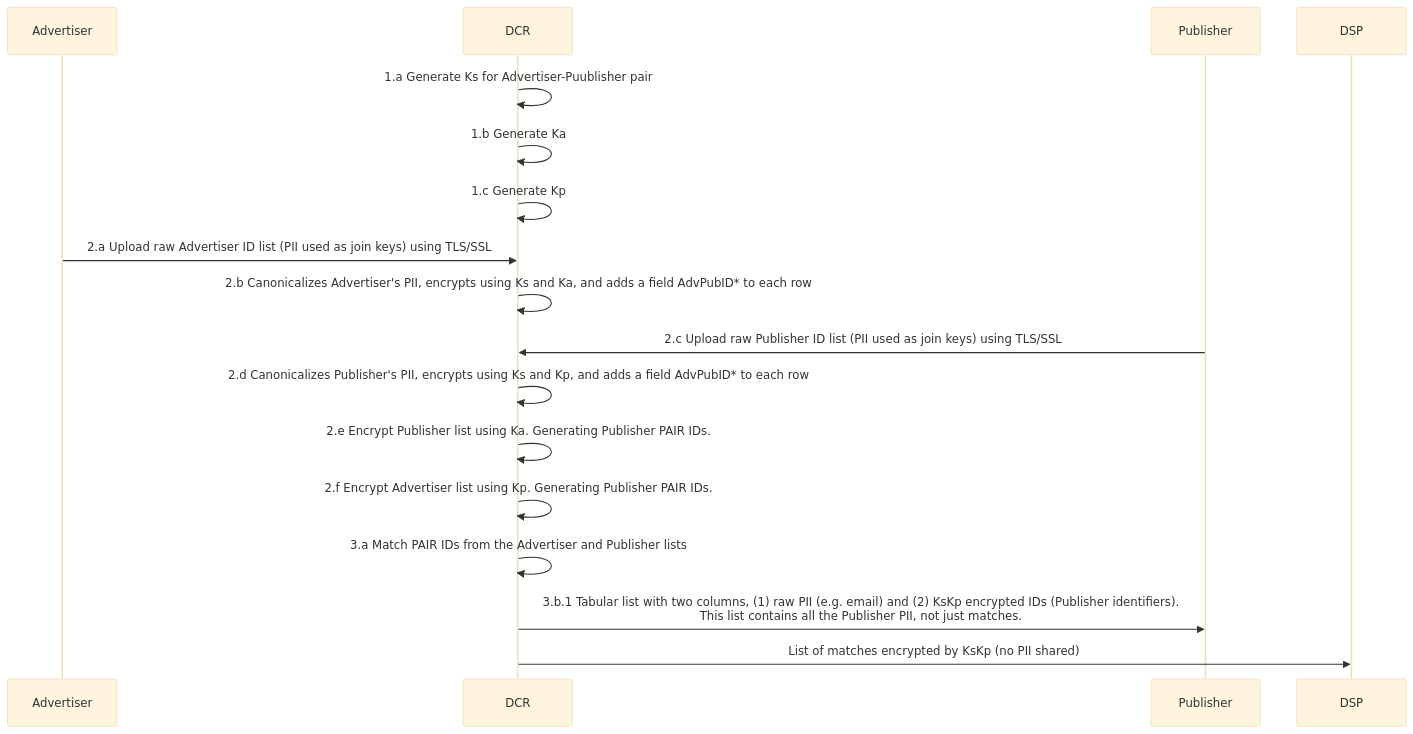
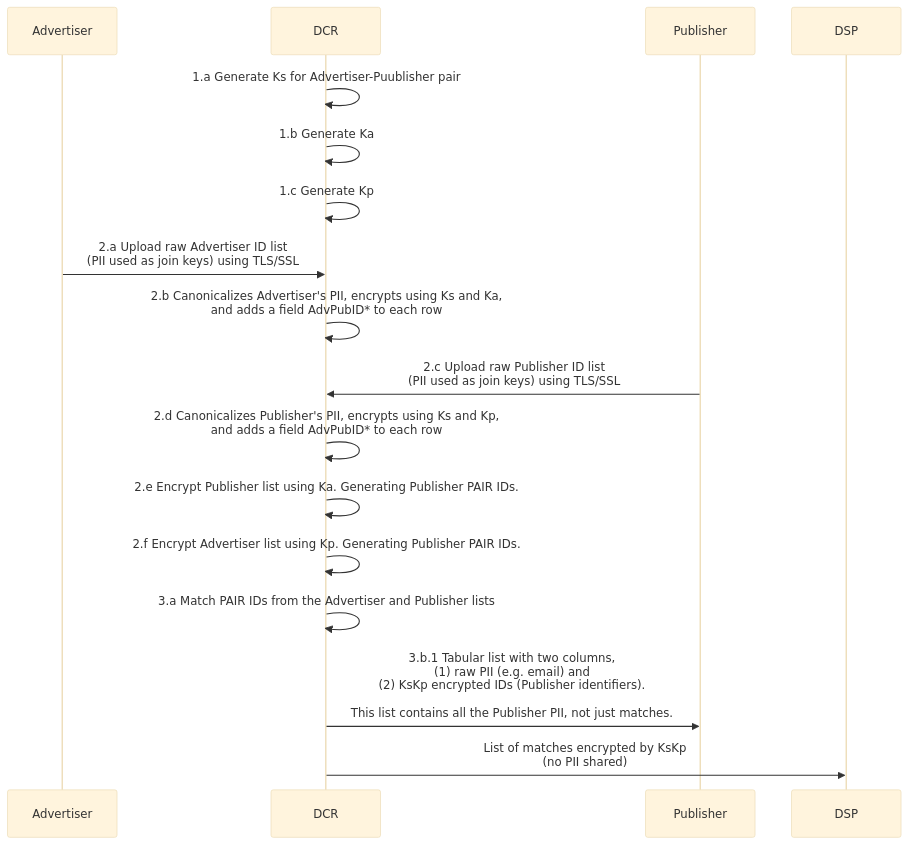
The diagram in PAIR/Single_DCR.md (pm-harshad-mane/Diagrams), drawn with Mermaid before and after one commit.

````diff
--- a/PAIR/Single_DCR.md
+++ b/PAIR/Single_DCR.md
@@ -1,25 +1,25 @@
 ```mermaid
 %%{init: {'theme': 'base', 'themeVariables': { 'participantBkgColor': '#f0f0f0', 'participantBorderColor': '#000000' }}}%%
 sequenceDiagram
 
 participant Adv as Advertiser
 participant DCR
 participant Pub as Publisher
 participant DSP
 
 DCR->>DCR: 1.a Generate Ks for Advertiser-Puublisher pair
 DCR->>DCR: 1.b Generate Ka
 DCR->>DCR: 1.c Generate Kp
 
-Adv->>DCR: 2.a Upload raw Advertiser ID list (PII used as join keys) using TLS/SSL
-DCR->>DCR: 2.b Canonicalizes Advertiser's PII, encrypts using Ks and Ka, and adds a field AdvPubID* to each row
-Pub->>DCR: 2.c Upload raw Publisher ID list (PII used as join keys) using TLS/SSL
-DCR->>DCR: 2.d Canonicalizes Publisher's PII, encrypts using Ks and Kp, and adds a field AdvPubID* to each row
+Adv->>DCR: 2.a Upload raw Advertiser ID list <br/>(PII used as join keys) using TLS/SSL
+DCR->>DCR: 2.b Canonicalizes Advertiser's PII, encrypts using Ks and Ka,<br/> and adds a field AdvPubID* to each row
+Pub->>DCR: 2.c Upload raw Publisher ID list <br/>(PII used as join keys) using TLS/SSL
+DCR->>DCR: 2.d Canonicalizes Publisher's PII, encrypts using Ks and Kp,<br/> and adds a field AdvPubID* to each row
 DCR->>DCR: 2.e Encrypt Publisher list using Ka. Generating Publisher PAIR IDs.
 DCR->>DCR: 2.f Encrypt Advertiser list using Kp. Generating Publisher PAIR IDs.
 
 DCR->>DCR: 3.a Match PAIR IDs from the Advertiser and Publisher lists
-DCR->>Pub: 3.b.1 Tabular list with two columns, (1) raw PII (e.g. email) and (2) KsKp encrypted IDs (Publisher identifiers).<br/>This list contains all the Publisher PII, not just matches.
-DCR->>DSP: List of matches encrypted by KsKp (no PII shared)
+DCR->>Pub: 3.b.1 Tabular list with two columns, <br/>(1) raw PII (e.g. email) and <br/>(2) KsKp encrypted IDs (Publisher identifiers).<br/><br/>This list contains all the Publisher PII, not just matches.
+DCR->>DSP: List of matches encrypted by KsKp <br/>(no PII shared)
 
 ```
````
